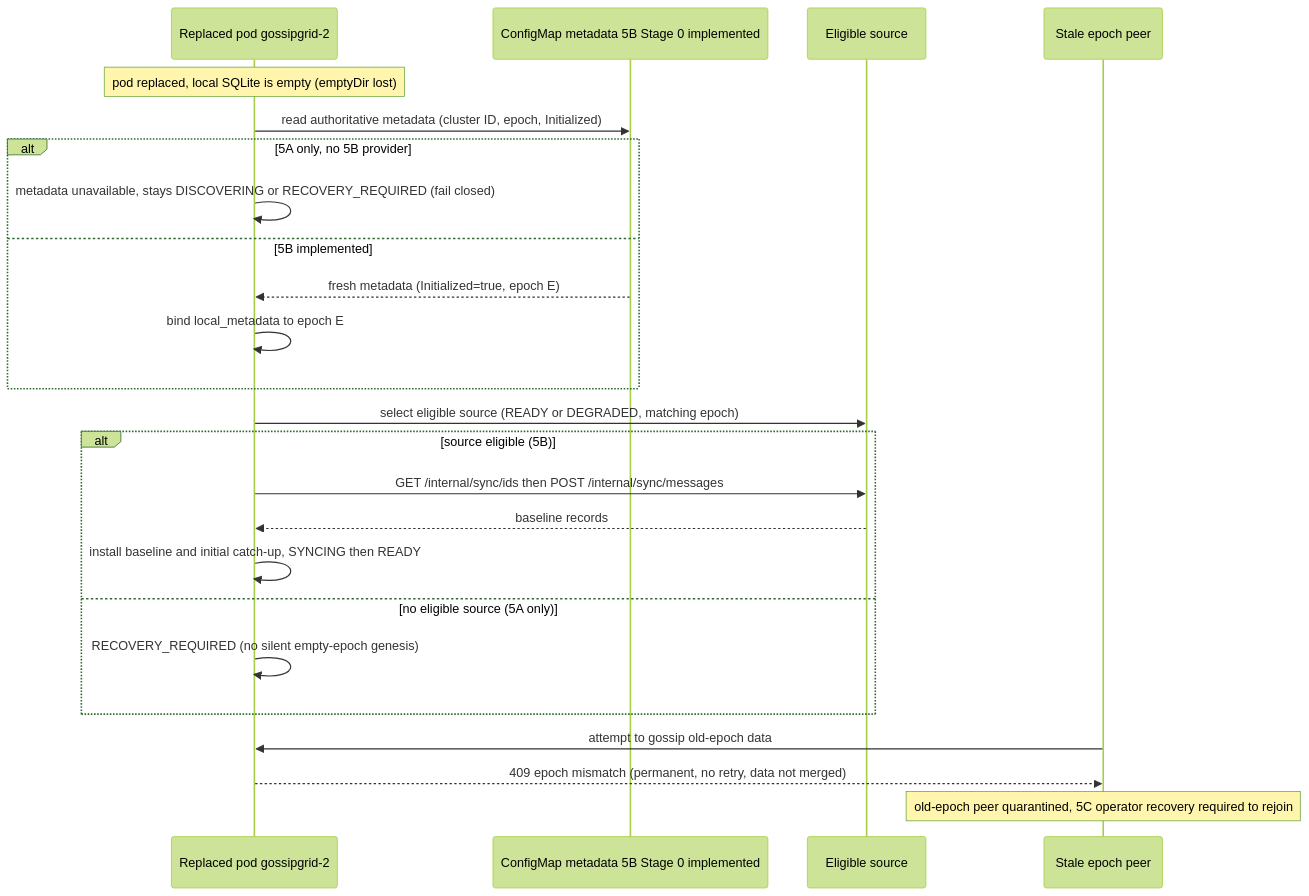
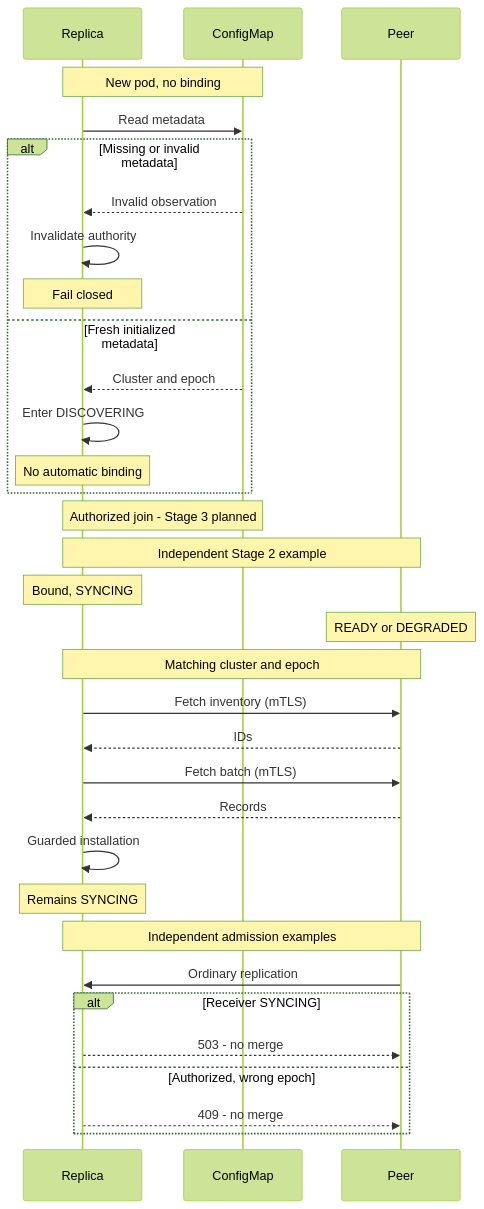
Before and after one commit to hirebrianm/gossipgrid: the diagram in docs/diagrams/lifecycle-recovery-sequence.mmd, drawn with Mermaid (forest theme). The commit also changed 79 other files, not shown here.

```diff
--- a/docs/diagrams/lifecycle-recovery-sequence.mmd
+++ b/docs/diagrams/lifecycle-recovery-sequence.mmd
@@ -1,25 +1,37 @@
 sequenceDiagram
-  participant NEW as Replaced pod gossipgrid-2
-  participant CM as ConfigMap metadata 5B Stage 0 implemented
-  participant SRC as Eligible source
-  participant OLD as Stale epoch peer
+  participant N as Replica
+  participant M as ConfigMap
+  participant P as Peer
 
-  Note over NEW: pod replaced, local SQLite is empty (emptyDir lost)
-  NEW->>CM: read authoritative metadata (cluster ID, epoch, Initialized)
-  alt 5A only, no 5B provider
-    NEW->>NEW: metadata unavailable, stays DISCOVERING or RECOVERY_REQUIRED (fail closed)
-  else 5B implemented
-    CM-->>NEW: fresh metadata (Initialized=true, epoch E)
-    NEW->>NEW: bind local_metadata to epoch E
+  Note over N,M: New pod, no binding
+  N->>M: Read metadata
+  alt Missing or invalid metadata
+    M-->>N: Invalid observation
+    N->>N: Invalidate authority
+    Note over N: Fail closed
+  else Fresh initialized metadata
+    M-->>N: Cluster and epoch
+    N->>N: Enter DISCOVERING
+    Note over N: No automatic binding
   end
-  NEW->>SRC: select eligible source (READY or DEGRADED, matching epoch)
-  alt source eligible (5B)
-    NEW->>SRC: GET /internal/sync/ids then POST /internal/sync/messages
-    SRC-->>NEW: baseline records
-    NEW->>NEW: install baseline and initial catch-up, SYNCING then READY
-  else no eligible source (5A only)
-    NEW->>NEW: RECOVERY_REQUIRED (no silent empty-epoch genesis)
+
+  Note over N,M: Authorized join - Stage 3 planned
+
+  Note over N,P: Independent Stage 2 example
+  Note over N: Bound, SYNCING
+  Note over P: READY or DEGRADED
+  Note over N,P: Matching cluster and epoch
+  N->>P: Fetch inventory (mTLS)
+  P-->>N: IDs
+  N->>P: Fetch batch (mTLS)
+  P-->>N: Records
+  N->>N: Guarded installation
+  Note over N: Remains SYNCING
+
+  Note over N,P: Independent admission examples
+  P->>N: Ordinary replication
+  alt Receiver SYNCING
+    N-->>P: 503 - no merge
+  else Authorized, wrong epoch
+    N-->>P: 409 - no merge
   end
-  OLD->>NEW: attempt to gossip old-epoch data
-  NEW-->>OLD: 409 epoch mismatch (permanent, no retry, data not merged)
-  Note over OLD: old-epoch peer quarantined, 5C operator recovery required to rejoin
```
